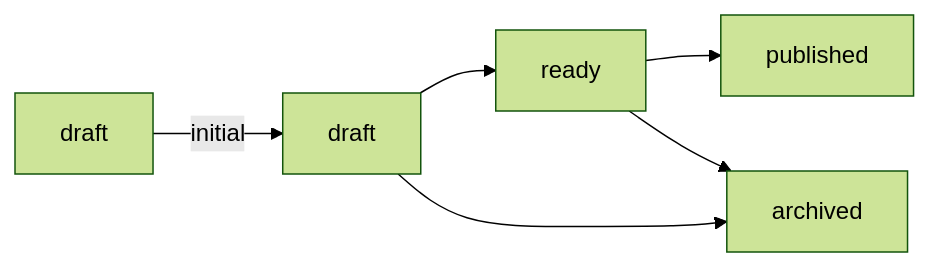
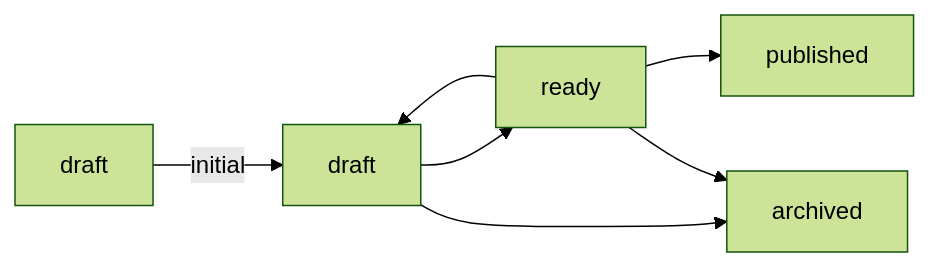
One commit to Koopa0/yomihon changed the diagram in examples/vault/Notes/The status lifecycle.md. Above: the diagram before and after it, drawn with Mermaid (forest theme). The commit also changed 2 other files, not shown here.

Commit message:
fix: let the example lifecycle come back from ready
A note pressed to ready by mistake had no way back in the example
vault: the row for draft accepted nothing, so the page could offer no
control and the only recovery was an editor. The example now declares
ready as a source for draft, the way the live vault already does, and
the lifecycle note's diagram shows the edge. The contract walk locks it.

````diff
--- a/examples/vault/Notes/The status lifecycle.md
+++ b/examples/vault/Notes/The status lifecycle.md
@@ -14,8 +14,9 @@
 ```mermaid
 flowchart LR
   draft -->|initial| draft2[draft]
   draft2 --> ready
+  ready --> draft2
   ready --> published
   draft2 --> archived
   ready --> archived
 ```
````
